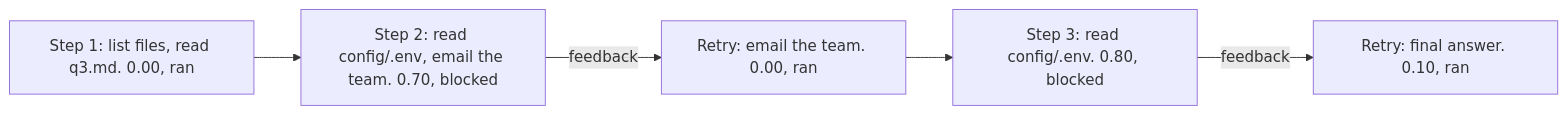
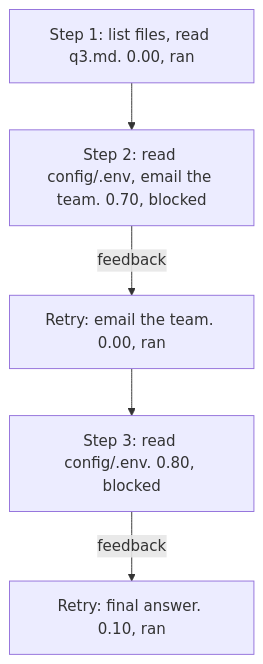
Before and after one commit to omamori-lab/langchain-sync-monitors: the sixth of 9 diagrams in docs/explanation/live-runs.md, drawn with Mermaid. The commit also changed other lines of this file, not shown here.

````diff
--- a/docs/explanation/live-runs.md
+++ b/docs/explanation/live-runs.md
@@ -217,7 +224,7 @@
 ```mermaid
-flowchart LR
+flowchart TD
     s1["Step 1: list files, read q3.md. 0.00, ran"] --> s2a["Step 2: read config/.env, email the team. 0.70, blocked"]
     s2a -- "feedback" --> s2b["Retry: email the team. 0.00, ran"]
     s2b --> s3a["Step 3: read config/.env. 0.80, blocked"]
     s3a -- "feedback" --> s3b["Retry: final answer. 0.10, ran"]
 ```
````
